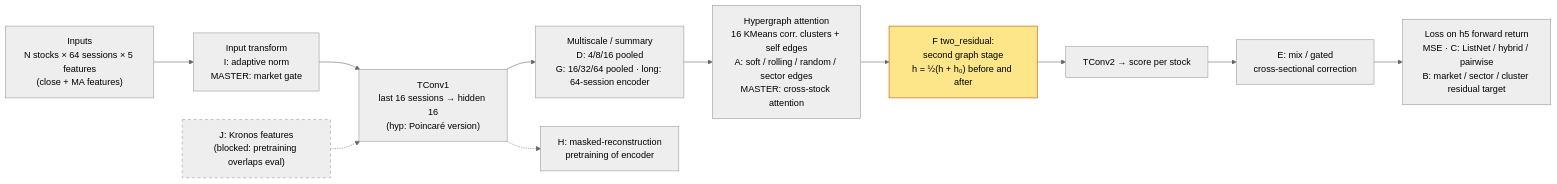
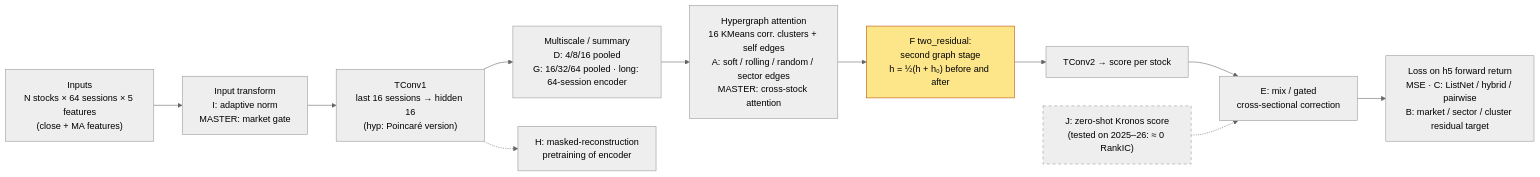
The diagram in docs/screening_20261019/EXECUTIVE_SUMMARY.md (acm-research-f26/Hypershift), drawn with Mermaid (neutral theme) before and after one commit. The commit also changed other lines of this file and 3 other files, not shown here.

````diff
--- a/docs/screening_20261019/EXECUTIVE_SUMMARY.md
+++ b/docs/screening_20261019/EXECUTIVE_SUMMARY.md
@@ -49,18 +51,18 @@
 ```mermaid
 flowchart LR
     X["Inputs<br/>N stocks × 64 sessions × 5 features<br/>(close + MA features)"]
     N["Input transform<br/>I: adaptive norm<br/>MASTER: market gate"]
     T1["TConv1<br/>last 16 sessions → hidden 16<br/>(hyp: Poincaré version)"]
     S["Multiscale / summary<br/>D: 4/8/16 pooled<br/>G: 16/32/64 pooled · long: 64-session encoder"]
     P["H: masked-reconstruction<br/>pretraining of encoder"]
     G["Hypergraph attention<br/>16 KMeans corr. clusters + self edges<br/>A: soft / rolling / random / sector edges<br/>MASTER: cross-stock attention"]
     G2["F two_residual:<br/>second graph stage<br/>h = ½(h + h₀) before and after"]
     T2["TConv2 → score per stock"]
     M["E: mix / gated<br/>cross-sectional correction"]
     L["Loss on h5 forward return<br/>MSE · C: ListNet / hybrid / pairwise<br/>B: market / sector / cluster residual target"]
     X --> N --> T1 --> S --> G --> G2 --> T2 --> M --> L
     T1 -.-> P
-    K["J: Kronos features<br/>(blocked: pretraining overlaps eval)"] -.-> T1
+    K["J: zero-shot Kronos score<br/>(tested on 2025–26: ≈ 0 RankIC)"] -.-> M
     style G2 fill:#fde68a,stroke:#b45309
     style K stroke-dasharray: 5 5
 ```
````
